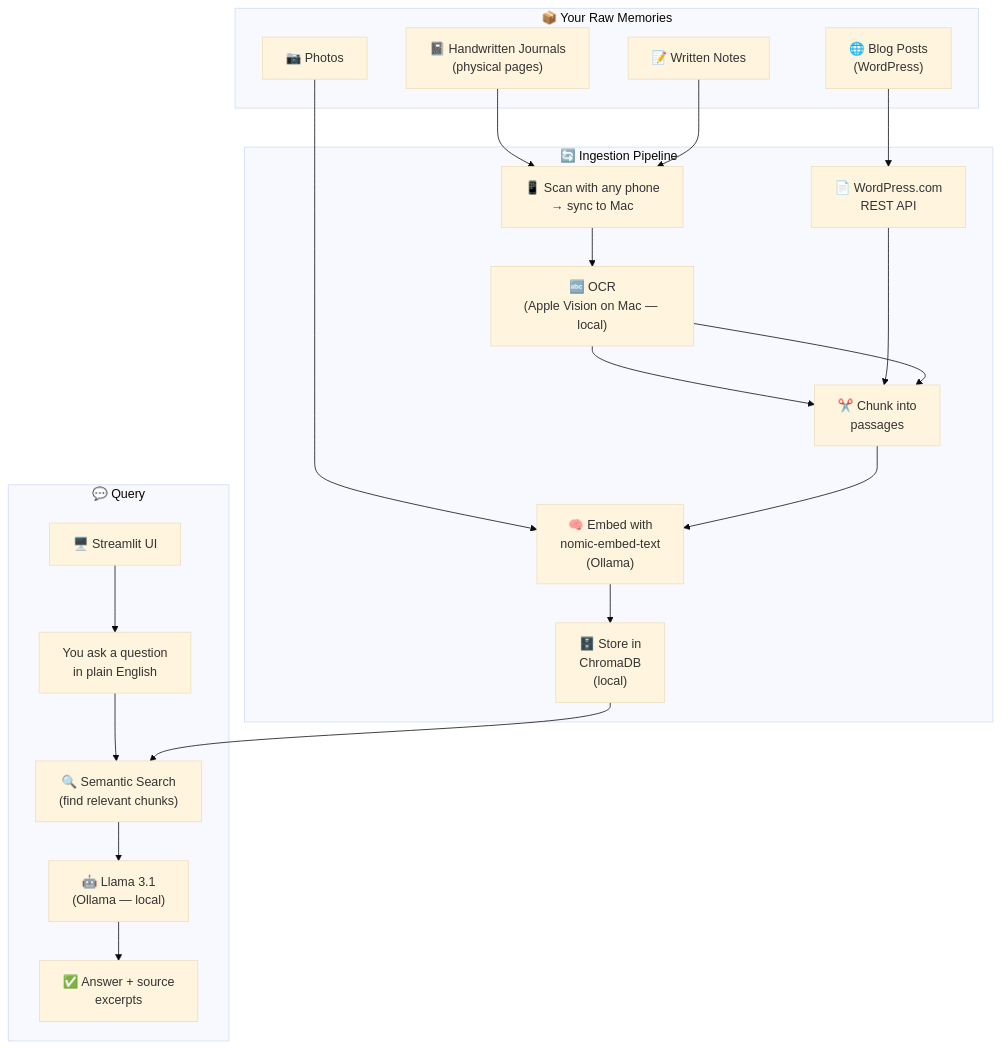
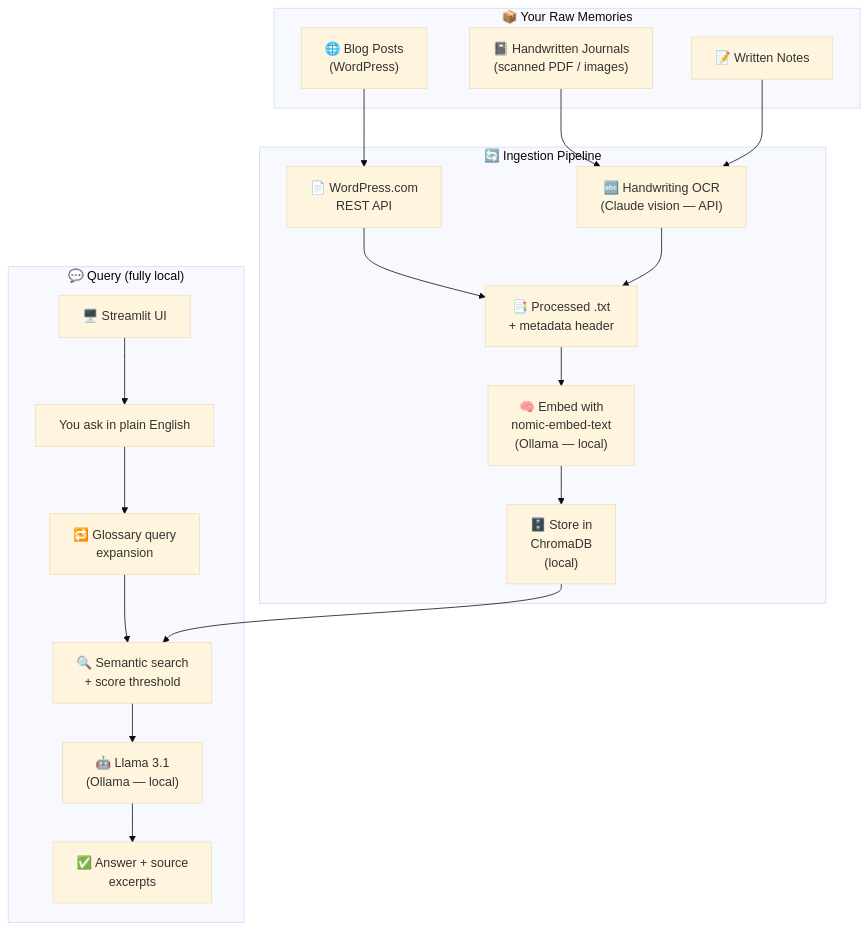
One commit to praveenkottayi/along-the-memory-lane changed the diagram in README.md. Above: the diagram before and after it, drawn with Mermaid (base theme). The commit also changed other lines of this file and 15 other files, not shown here.

First line of the commit message:
feat: Enhance journal processing pipeline with OCR and glossary support

````diff
--- a/README.md
+++ b/README.md
@@ -12,36 +14,33 @@
 ```mermaid
 flowchart TD
     subgraph INPUT["📦 Your Raw Memories"]
-        J["📓 Handwritten Journals\n(physical pages)"]
+        J["📓 Handwritten Journals\n(scanned PDF / images)"]
         B["🌐 Blog Posts\n(WordPress)"]
         N["📝 Written Notes"]
-        P["📷 Photos"]
     end
 
     subgraph INGEST["🔄 Ingestion Pipeline"]
-        SCAN["📱 Scan with any phone\n→ sync to Mac"]
-        OCR["🔤 OCR\n(Apple Vision on Mac — local)"]
         WP["📄 WordPress.com\nREST API"]
-        CHUNK["✂️ Chunk into\npassages"]
-        EMBED["🧠 Embed with\nnomic-embed-text\n(Ollama)"]
+        OCR["🔤 Handwriting OCR\n(Claude vision — API)"]
+        TXT["📑 Processed .txt\n+ metadata header"]
+        EMBED["🧠 Embed with\nnomic-embed-text\n(Ollama — local)"]
         STORE["🗄️ Store in\nChromaDB\n(local)"]
     end
 
-    subgraph QUERY["💬 Query"]
+    subgraph QUERY["💬 Query (fully local)"]
         UI["🖥️ Streamlit UI"]
-        Q["You ask a question\nin plain English"]
-        RETRIEVE["🔍 Semantic Search\n(find relevant chunks)"]
+        Q["You ask in plain English"]
+        EXP["🔁 Glossary query\nexpansion"]
+        RETRIEVE["🔍 Semantic search\n+ score threshold"]
         LLM["🤖 Llama 3.1\n(Ollama — local)"]
         ANS["✅ Answer + source\nexcerpts"]
     end
 
-    J --> SCAN --> OCR --> CHUNK
-    N --> SCAN
-    B --> WP --> CHUNK
-    P --> EMBED
-    OCR --> CHUNK
-    CHUNK --> EMBED --> STORE
+    B --> WP --> TXT
+    J --> OCR --> TXT
+    N --> OCR
+    TXT --> EMBED --> STORE
 
-    UI --> Q --> RETRIEVE
+    UI --> Q --> EXP --> RETRIEVE
     STORE --> RETRIEVE --> LLM --> ANS
 ```
````
